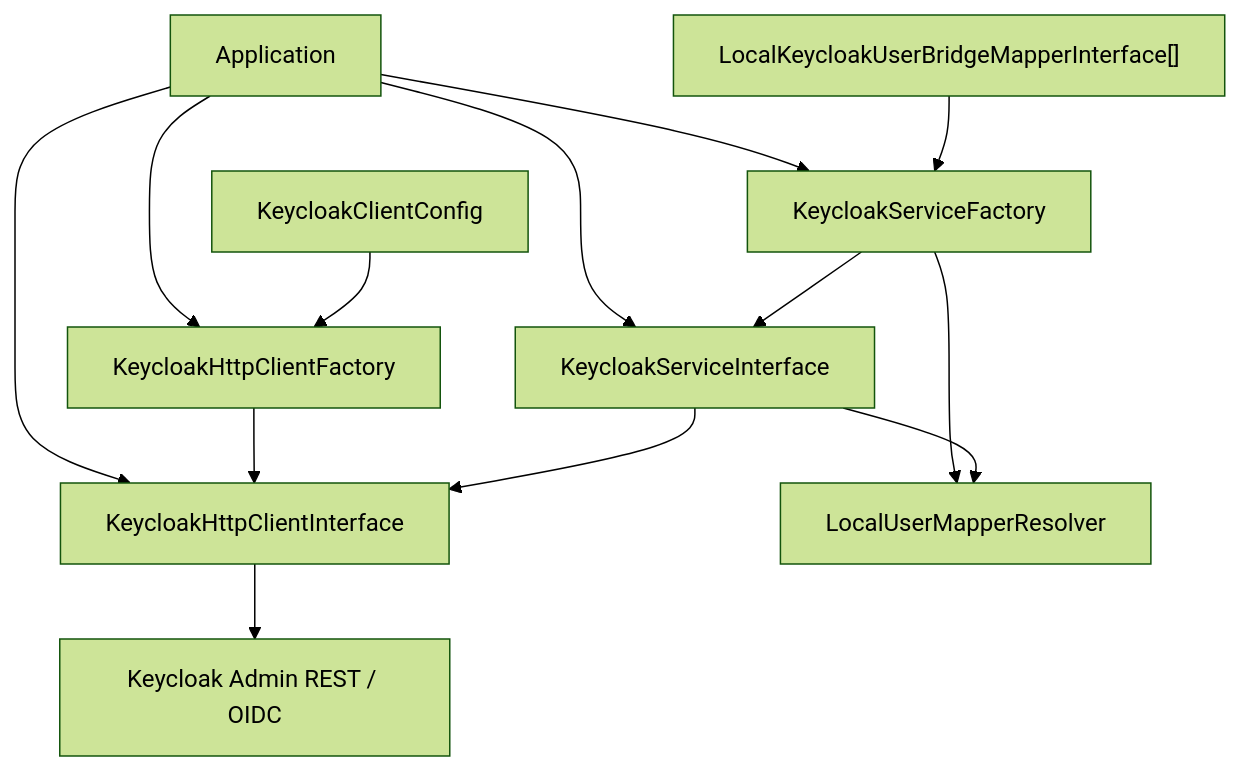
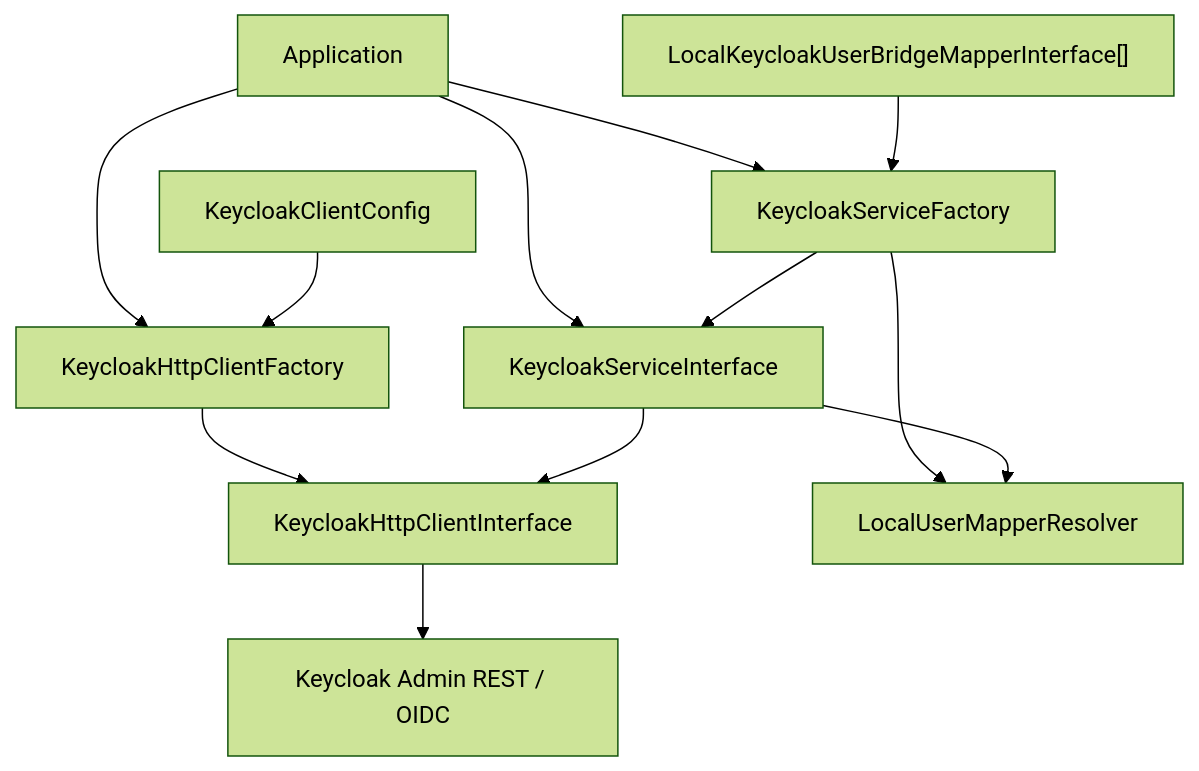
One commit to apacheborys/keycloak-php-client changed the diagram in README.md. Above: the diagram before and after it, drawn with Mermaid (forest theme). The commit also changed other lines of this file and 5 other files, not shown here.

````diff
--- a/README.md
+++ b/README.md
@@ -17,27 +17,26 @@
 ```mermaid
 flowchart TB
     App["Application"]
     Config["KeycloakClientConfig"]
     HttpFactory["KeycloakHttpClientFactory"]
     ServiceFactory["KeycloakServiceFactory"]
     HttpFacade["KeycloakHttpClientInterface"]
     ServiceFacade["KeycloakServiceInterface"]
     Mapper["LocalKeycloakUserBridgeMapperInterface[]"]
     Resolver["LocalUserMapperResolver"]
     Keycloak["Keycloak Admin REST / OIDC"]
 
     App --> HttpFactory
     App --> ServiceFactory
-    App --> HttpFacade
     App --> ServiceFacade
 
     Config --> HttpFactory
     HttpFactory --> HttpFacade
-    HttpFacade --> Keycloak
 
     Mapper --> ServiceFactory
     ServiceFactory --> Resolver
     ServiceFactory --> ServiceFacade
     ServiceFacade --> HttpFacade
     ServiceFacade --> Resolver
+    HttpFacade --> Keycloak
 ```
````
